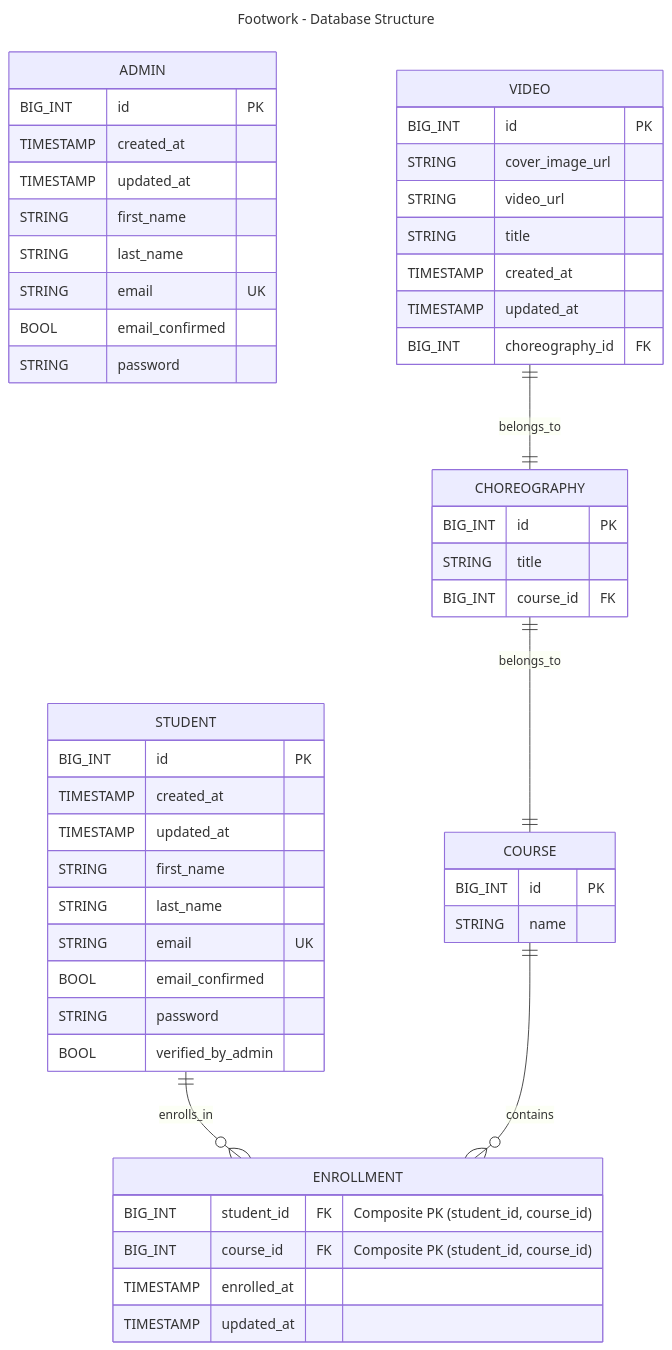
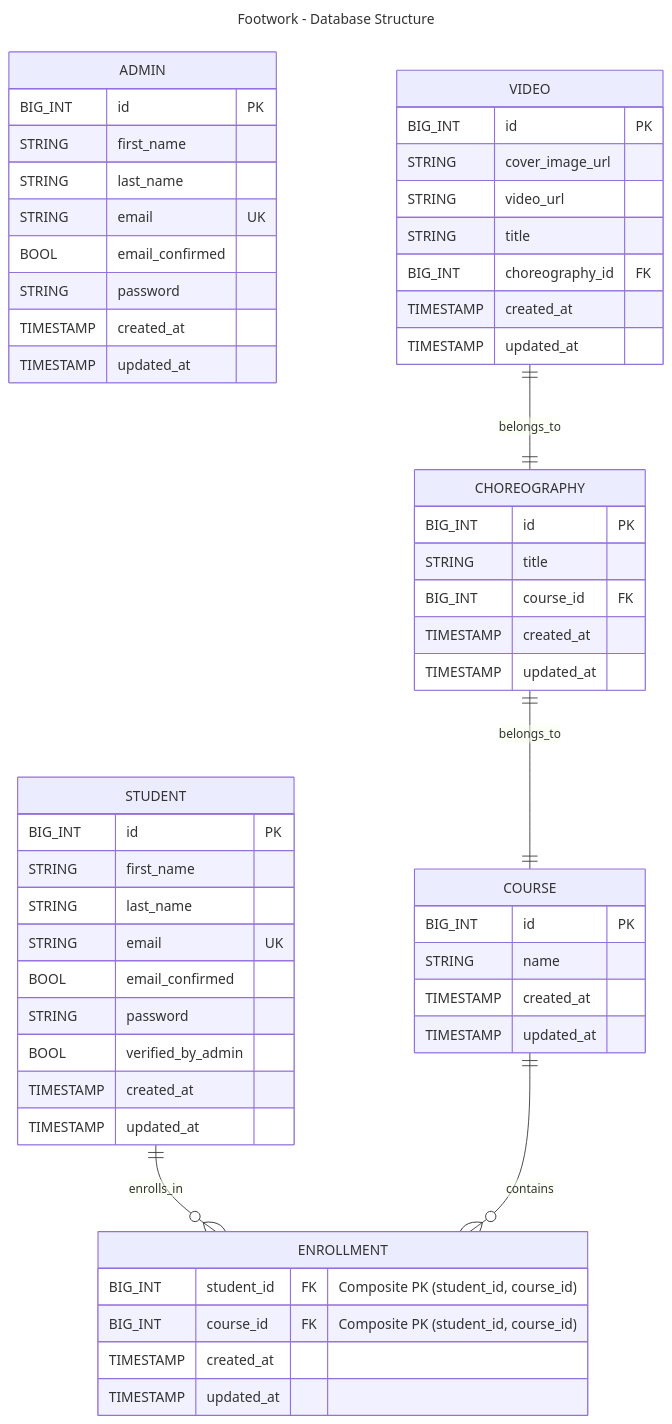
One commit to gianlucaromeo/footwork-backend changed the diagram in README.md. Above: the diagram before and after it, drawn with Mermaid.

````diff
--- a/README.md
+++ b/README.md
@@ -6,62 +6,66 @@
 ```mermaid
 ---
 title: Footwork - Database Structure
 ---
 erDiagram
     ADMIN {
         BIG_INT id PK
-        TIMESTAMP created_at
-        TIMESTAMP updated_at
         STRING first_name
         STRING last_name
         STRING email UK
         BOOL email_confirmed
         STRING password
+        TIMESTAMP created_at
+        TIMESTAMP updated_at
     }
 
     STUDENT {
         BIG_INT id PK
-        TIMESTAMP created_at
-        TIMESTAMP updated_at
         STRING first_name
         STRING last_name
         STRING email UK
         BOOL email_confirmed
         STRING password
         BOOL verified_by_admin
+        TIMESTAMP created_at
+        TIMESTAMP updated_at
     }
 
     COURSE {
         BIG_INT id PK
         STRING name
+        TIMESTAMP created_at
+        TIMESTAMP updated_at
     }
 
     CHOREOGRAPHY {
         BIG_INT id PK
         STRING title
         BIG_INT course_id FK
+        TIMESTAMP created_at
+        TIMESTAMP updated_at
     }
 
     VIDEO {
         BIG_INT id PK
         STRING cover_image_url
         STRING video_url
         STRING title
+        BIG_INT choreography_id FK
         TIMESTAMP created_at
         TIMESTAMP updated_at
-        BIG_INT choreography_id FK
     }
 
     ENROLLMENT {
         BIG_INT student_id FK "Composite PK (student_id, course_id)"
         BIG_INT course_id FK "Composite PK (student_id, course_id)"
-        TIMESTAMP enrolled_at
+        TIMESTAMP created_at
         TIMESTAMP updated_at
     }
     
     VIDEO ||--|| CHOREOGRAPHY : belongs_to
     CHOREOGRAPHY ||--|| COURSE : belongs_to
 
     STUDENT ||--o{ ENROLLMENT : enrolls_in
     COURSE ||--o{ ENROLLMENT : contains
 ```
````
